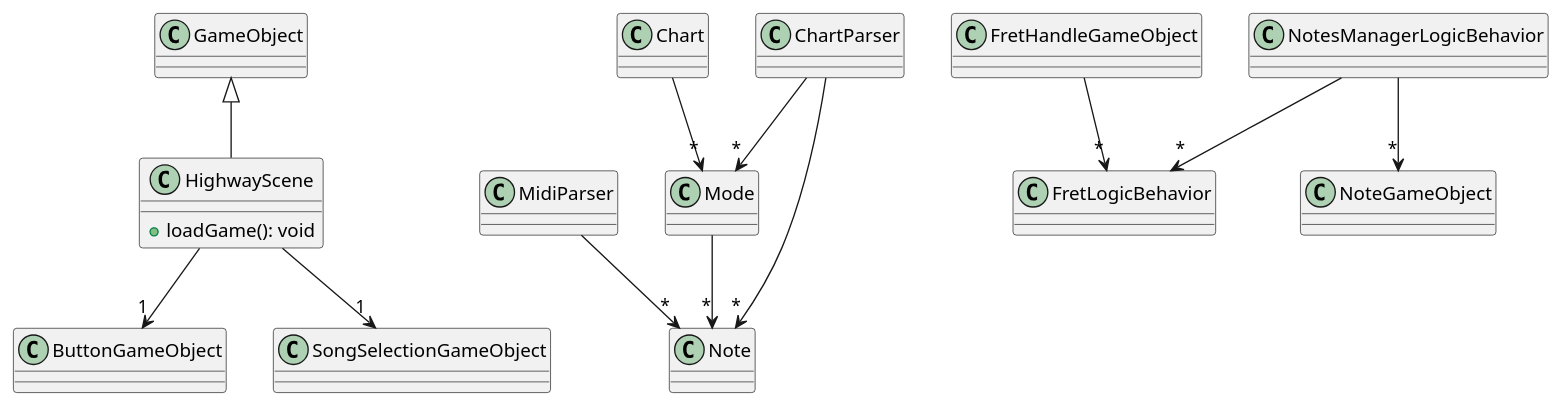
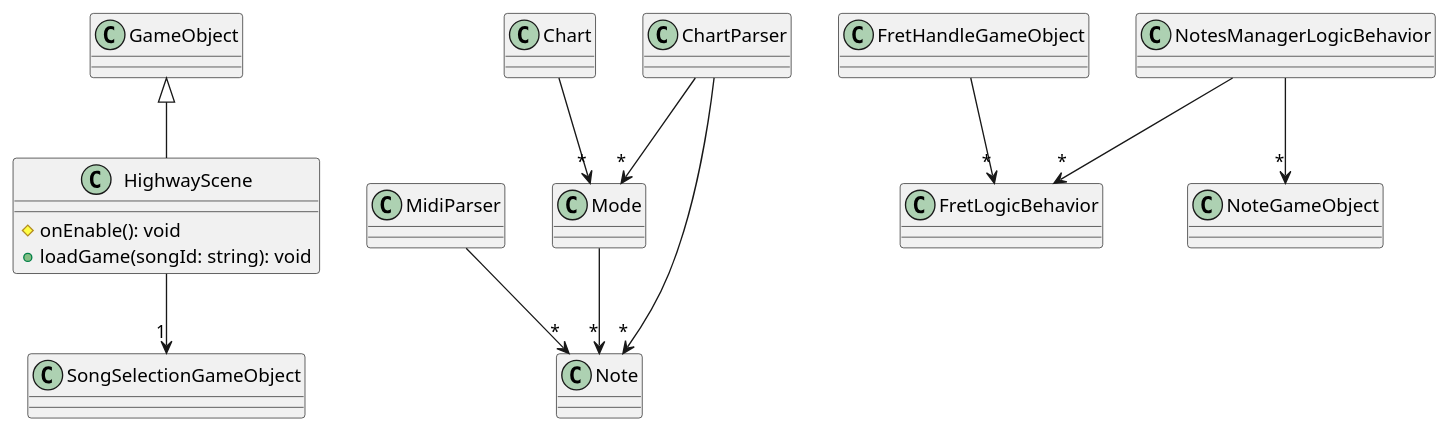
Before and after one commit to sprunk-engine/sprunk-hero: the diagram in doc/diagrams/gameobjects_scenes.puml, drawn with PlantUML. The commit also changed 4 other files, not shown here.

Commit message:
chore: update class diagrams

```diff
--- a/doc/diagrams/gameobjects_scenes.puml
+++ b/doc/diagrams/gameobjects_scenes.puml
@@ -1,15 +1,15 @@
 @startuml
 class HighwayScene extends GameObject {
-    +loadGame(): void
+    #onEnable(): void
+    +loadGame(songId: string): void
 }
 Mode --> "*" Note
 NotesManagerLogicBehavior --> "*" FretLogicBehavior
 NotesManagerLogicBehavior --> "*" NoteGameObject
 FretHandleGameObject --> "*" FretLogicBehavior
 Chart --> "*" Mode
 MidiParser --> "*" Note
 ChartParser --> "*" Mode
 ChartParser --> "*" Note
-HighwayScene --> "1" ButtonGameObject
 HighwayScene --> "1" SongSelectionGameObject
 @enduml
```
